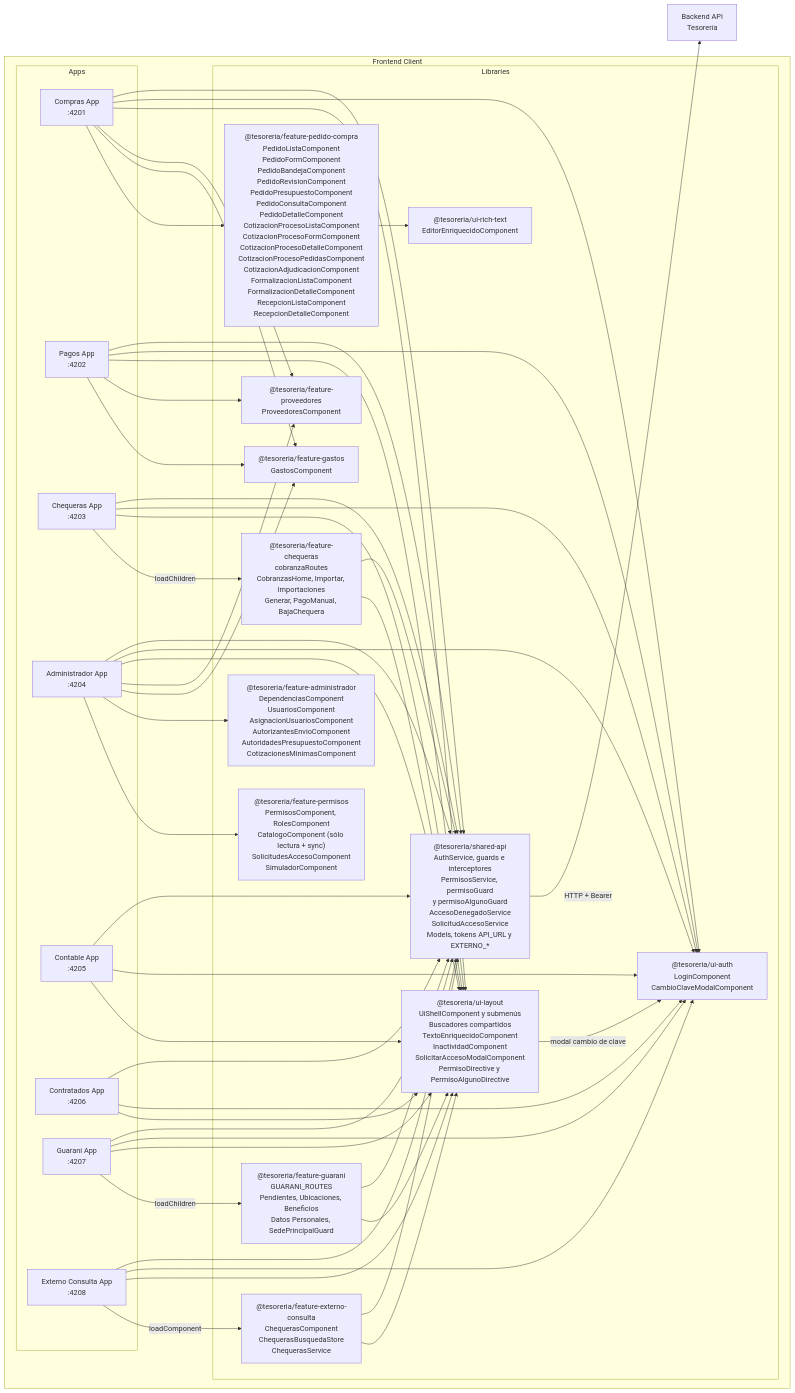
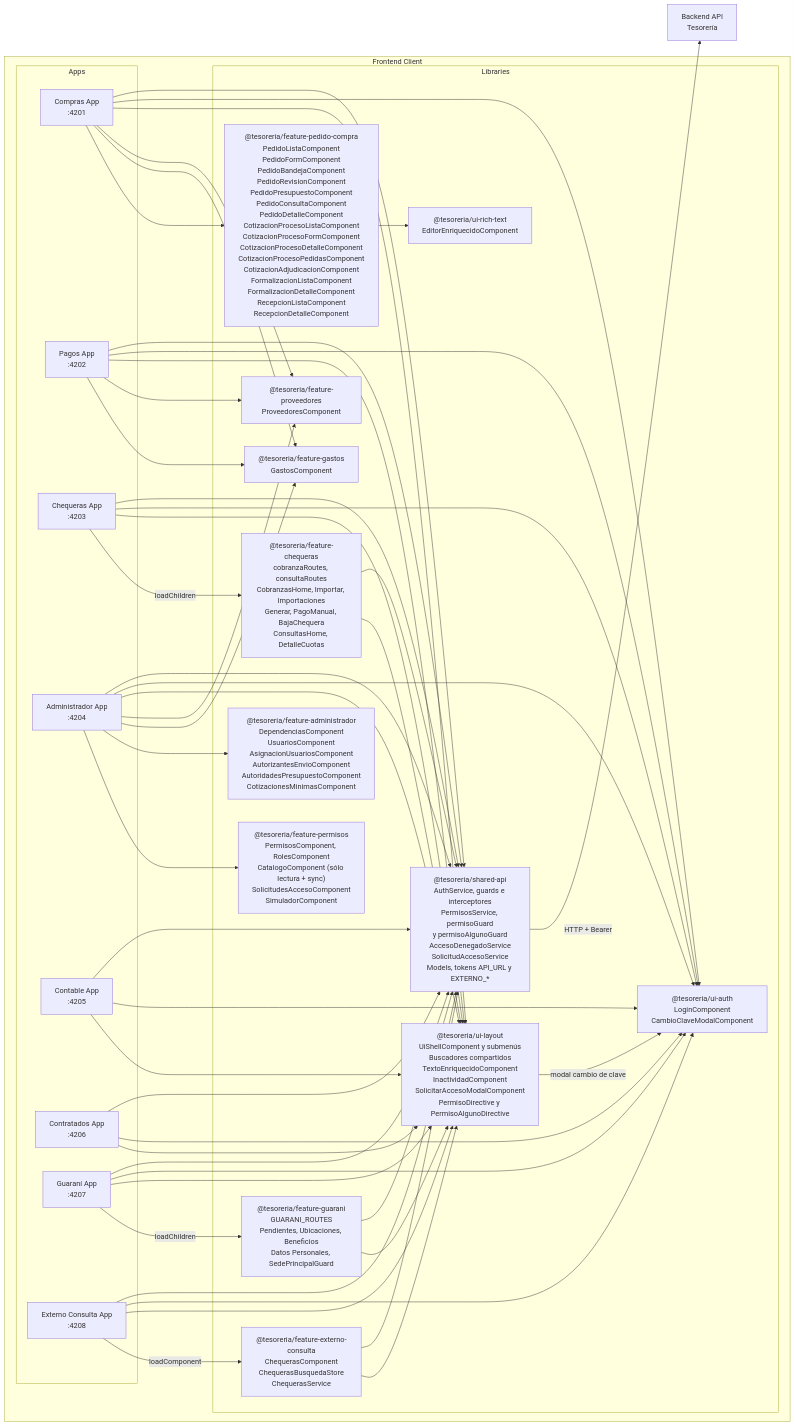
Before and after one commit to UM-services/UM.tesoreria.frontend-client: the first of 8 diagrams in docs/architecture.md, drawn with Mermaid. The commit also changed other lines of this file and 14 other files, not shown here.

First line of the commit message:
feat(chequeras): agrega sección Consultas

```diff
--- a/docs/architecture.md
+++ b/docs/architecture.md
@@ -28,7 +28,7 @@
             FeaturePermisos["@tesoreria/feature-permisos<br/>PermisosComponent, RolesComponent<br/>CatalogoComponent (sólo lectura + sync)<br/>SolicitudesAccesoComponent<br/>SimuladorComponent"]
             FeatureGuarani["@tesoreria/feature-guarani<br/>GUARANI_ROUTES<br/>Pendientes, Ubicaciones, Beneficios<br/>Datos Personales, SedePrincipalGuard"]
             FeatureExterno["@tesoreria/feature-externo-consulta<br/>ChequerasComponent<br/>ChequerasBusquedaStore<br/>ChequerasService"]
-            FeatureChequeras["@tesoreria/feature-chequeras<br/>cobranzaRoutes<br/>CobranzasHome, Importar, Importaciones<br/>Generar, PagoManual, BajaChequera"]
+            FeatureChequeras["@tesoreria/feature-chequeras<br/>cobranzaRoutes, consultaRoutes<br/>CobranzasHome, Importar, Importaciones<br/>Generar, PagoManual, BajaChequera<br/>ConsultasHome, DetalleCuotas"]
         end
     end
 
```
